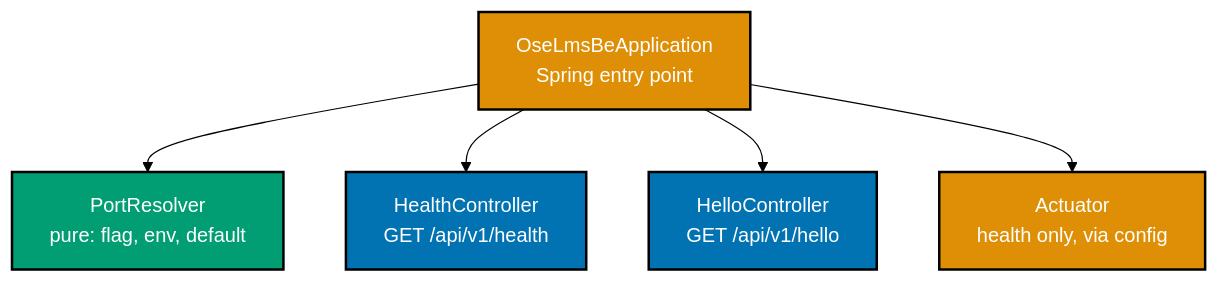
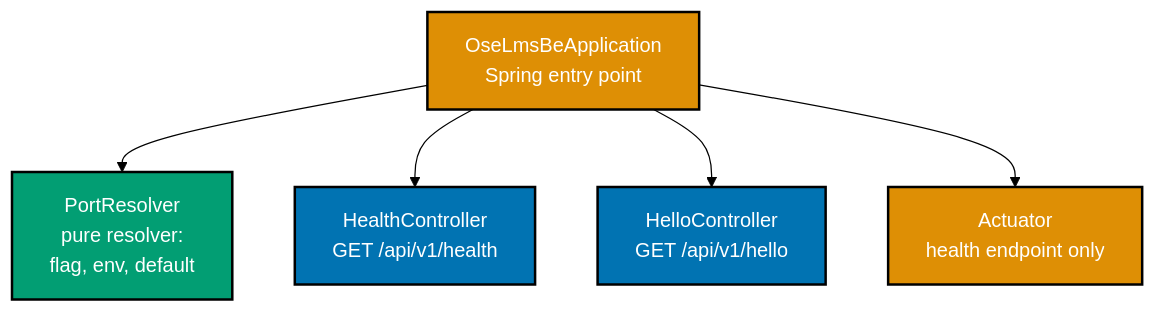
One commit to wahidyankf/open-sharia-fintech changed the third of 5 diagrams in plans/in-progress/lms-init/tech-docs.md. Above: the diagram before and after it, drawn with Mermaid (forest theme). The commit also changed other lines of this file and 2 other files, not shown here.

````diff
--- a/plans/in-progress/lms-init/tech-docs.md
+++ b/plans/in-progress/lms-init/tech-docs.md
@@ -106,18 +111,18 @@
 ```mermaid
 %% Color palette: Blue #0173B2, Orange #DE8F05, Teal #029E73
 graph TD
     APP["OseLmsBeApplication<br/>Spring entry point"]:::orange
-    PORT["PortResolver<br/>pure: flag, env, default"]:::teal
+    PORT["PortResolver<br/>pure resolver:<br/>flag, env, default"]:::teal
     H["HealthController<br/>GET /api/v1/health"]:::blue
     G["HelloController<br/>GET /api/v1/hello"]:::blue
-    ACT["Actuator<br/>health only, via config"]:::orange
+    ACT["Actuator<br/>health endpoint only"]:::orange
 
     APP --> PORT
     APP --> H
     APP --> G
     APP --> ACT
 
     classDef blue fill:#0173B2,stroke:#000000,color:#FFFFFF,stroke-width:2px
     classDef orange fill:#DE8F05,stroke:#000000,color:#FFFFFF,stroke-width:2px
     classDef teal fill:#029E73,stroke:#000000,color:#FFFFFF,stroke-width:2px
 ```
````
